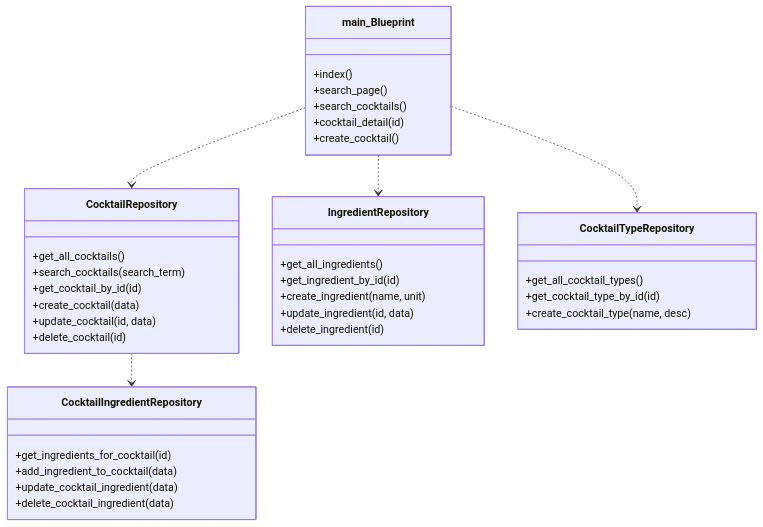
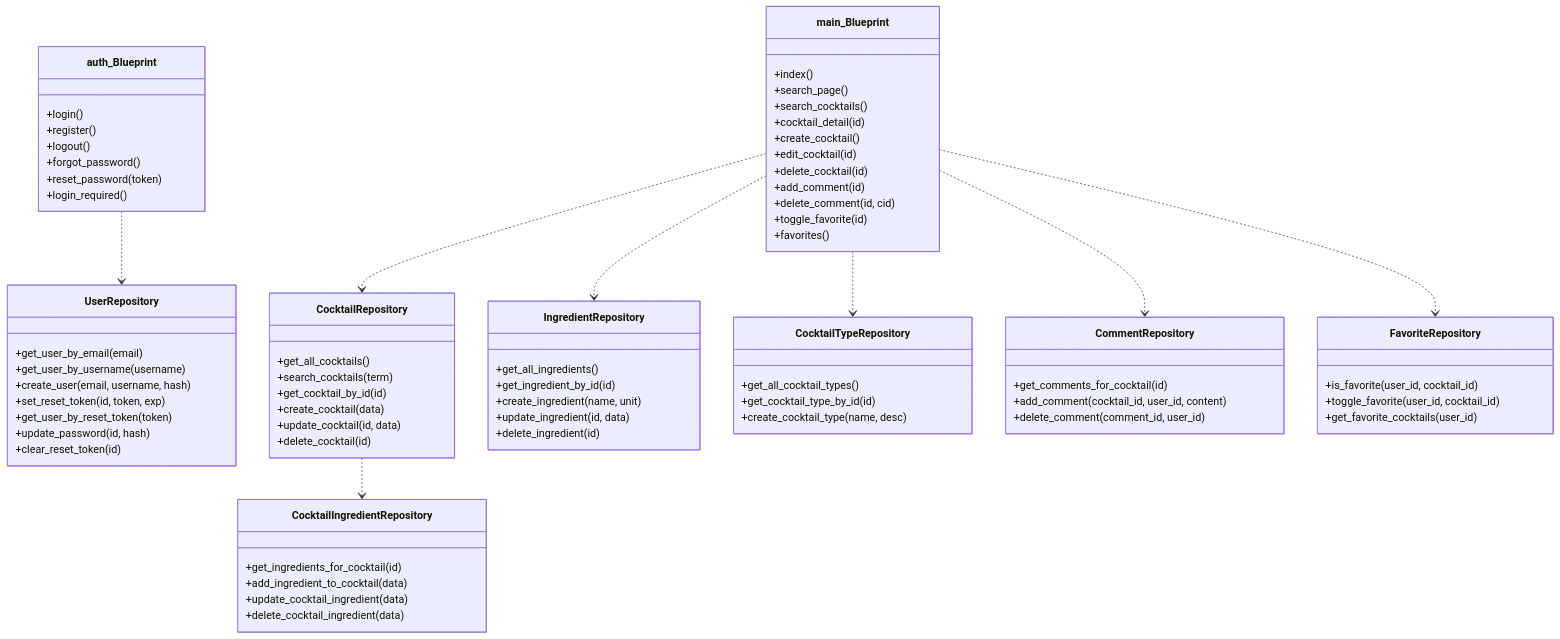
One commit to AlessandroDelBaldo/progetto_fine_anno_5M changed the second of 2 diagrams in report.md. Above: the diagram before and after it, drawn with Mermaid. The commit also changed other lines of this file and 2 other files, not shown here.

````diff
--- a/report.md
+++ b/report.md
@@ -98,41 +144,77 @@
 ```mermaid
 classDiagram
+    class auth_Blueprint {
+        +login()
+        +register()
+        +logout()
+        +forgot_password()
+        +reset_password(token)
+        +login_required()
+    }
     class main_Blueprint {
         +index()
         +search_page()
         +search_cocktails()
         +cocktail_detail(id)
         +create_cocktail()
+        +edit_cocktail(id)
+        +delete_cocktail(id)
+        +add_comment(id)
+        +delete_comment(id, cid)
+        +toggle_favorite(id)
+        +favorites()
     }
     class CocktailRepository {
         +get_all_cocktails()
-        +search_cocktails(search_term)
+        +search_cocktails(term)
         +get_cocktail_by_id(id)
         +create_cocktail(data)
         +update_cocktail(id, data)
         +delete_cocktail(id)
+    }
+    class UserRepository {
+        +get_user_by_email(email)
+        +get_user_by_username(username)
+        +create_user(email, username, hash)
+        +set_reset_token(id, token, exp)
+        +get_user_by_reset_token(token)
+        +update_password(id, hash)
+        +clear_reset_token(id)
+    }
+    class CommentRepository {
+        +get_comments_for_cocktail(id)
+        +add_comment(cocktail_id, user_id, content)
+        +delete_comment(comment_id, user_id)
+    }
+    class FavoriteRepository {
+        +is_favorite(user_id, cocktail_id)
+        +toggle_favorite(user_id, cocktail_id)
+        +get_favorite_cocktails(user_id)
     }
     class IngredientRepository {
         +get_all_ingredients()
         +get_ingredient_by_id(id)
         +create_ingredient(name, unit)
         +update_ingredient(id, data)
         +delete_ingredient(id)
     }
     class CocktailTypeRepository {
         +get_all_cocktail_types()
         +get_cocktail_type_by_id(id)
         +create_cocktail_type(name, desc)
     }
     class CocktailIngredientRepository {
         +get_ingredients_for_cocktail(id)
         +add_ingredient_to_cocktail(data)
         +update_cocktail_ingredient(data)
         +delete_cocktail_ingredient(data)
     }
 
+    auth_Blueprint ..> UserRepository
     main_Blueprint ..> CocktailRepository
     main_Blueprint ..> IngredientRepository
     main_Blueprint ..> CocktailTypeRepository
+    main_Blueprint ..> CommentRepository
+    main_Blueprint ..> FavoriteRepository
     CocktailRepository ..> CocktailIngredientRepository
 ```
````
